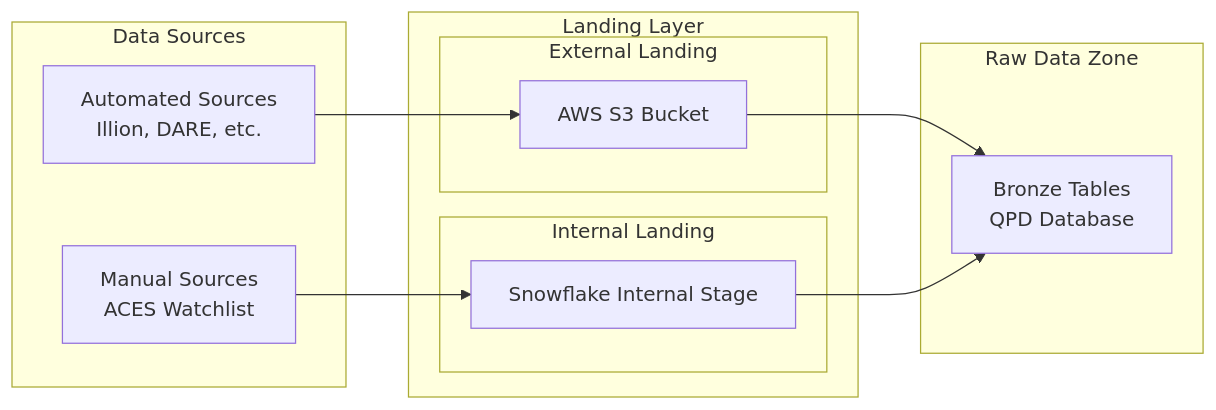
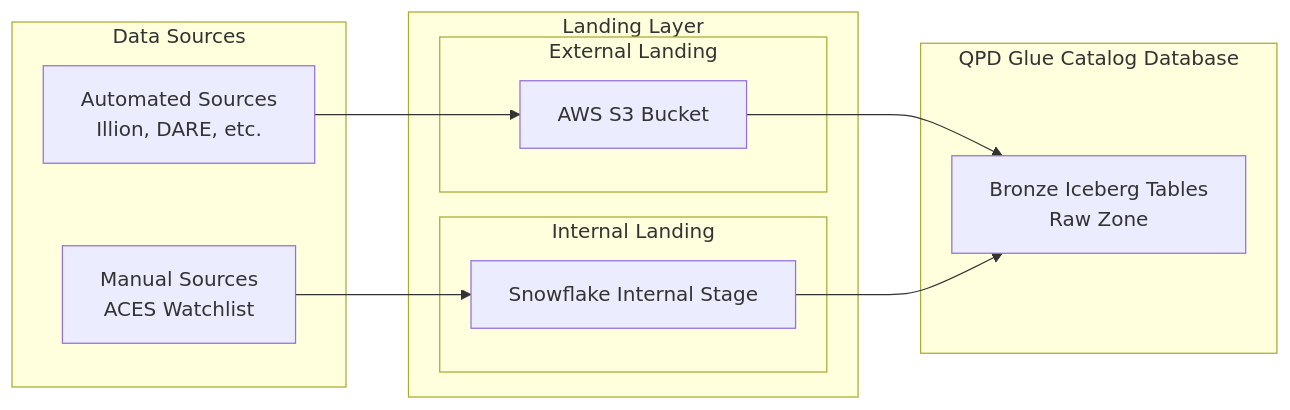
Before and after one commit to sfc-gh-mhindi/REPO_CBA: the fourth of 14 diagrams in 15-BB-QPD Future State/QPD - Future State.md, drawn with Mermaid. The commit also changed other lines of this file, not shown here.

Commit message:
Update QPD - Future State.md

````diff
--- a/15-BB-QPD Future State/QPD - Future State.md
+++ b/15-BB-QPD Future State/QPD - Future State.md
@@ -357,25 +355,25 @@
 ```mermaid
 graph LR
     subgraph "Landing Layer"
         subgraph "External Landing"
             S3[AWS S3 Bucket]
         end
         subgraph "Internal Landing" 
             SF_Stage[Snowflake Internal Stage]
         end
     end
     
     subgraph "Data Sources"
         Auto[Automated Sources<br/>Illion, DARE, etc.]
         Manual[Manual Sources<br/>ACES Watchlist]
     end
     
-    subgraph "Raw Data Zone"
-        Bronze[Bronze Tables<br/>QPD Database]
+    subgraph "QPD Glue Catalog Database"
+        Bronze[Bronze Iceberg Tables<br/>Raw Zone]
     end
     
     Auto --> S3
     Manual --> SF_Stage
     S3 --> Bronze
     SF_Stage --> Bronze
 ```
````
